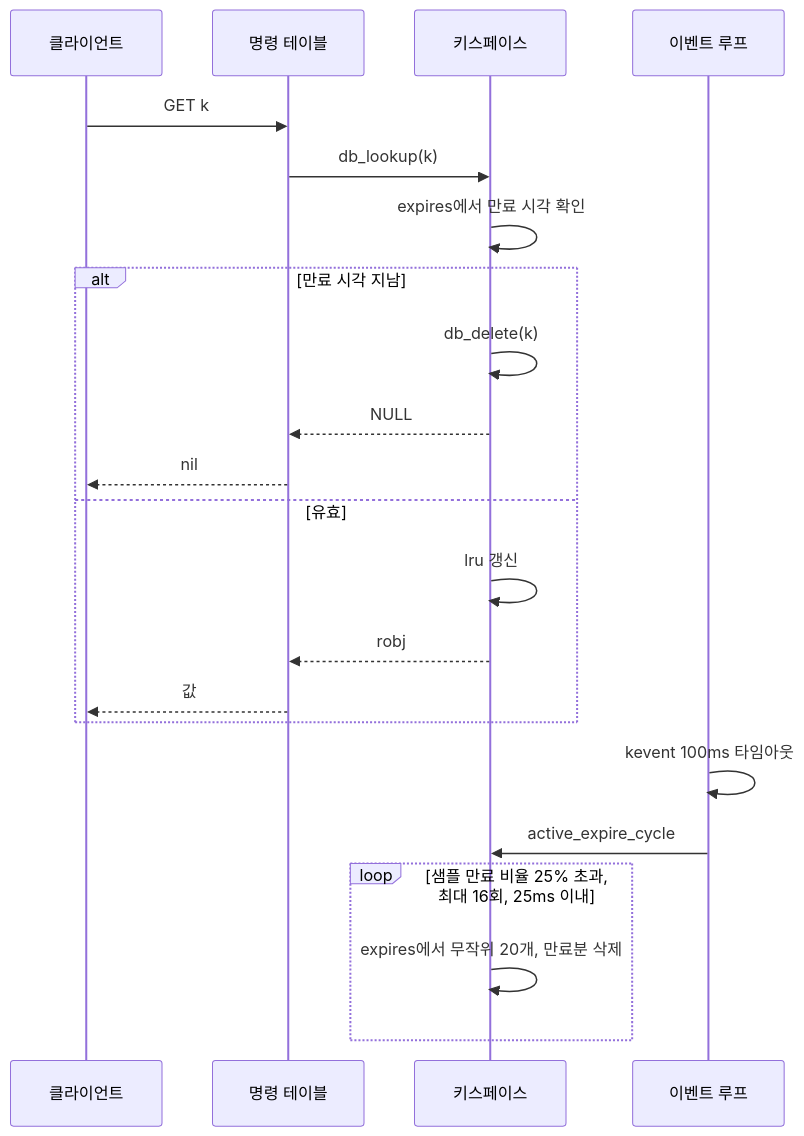
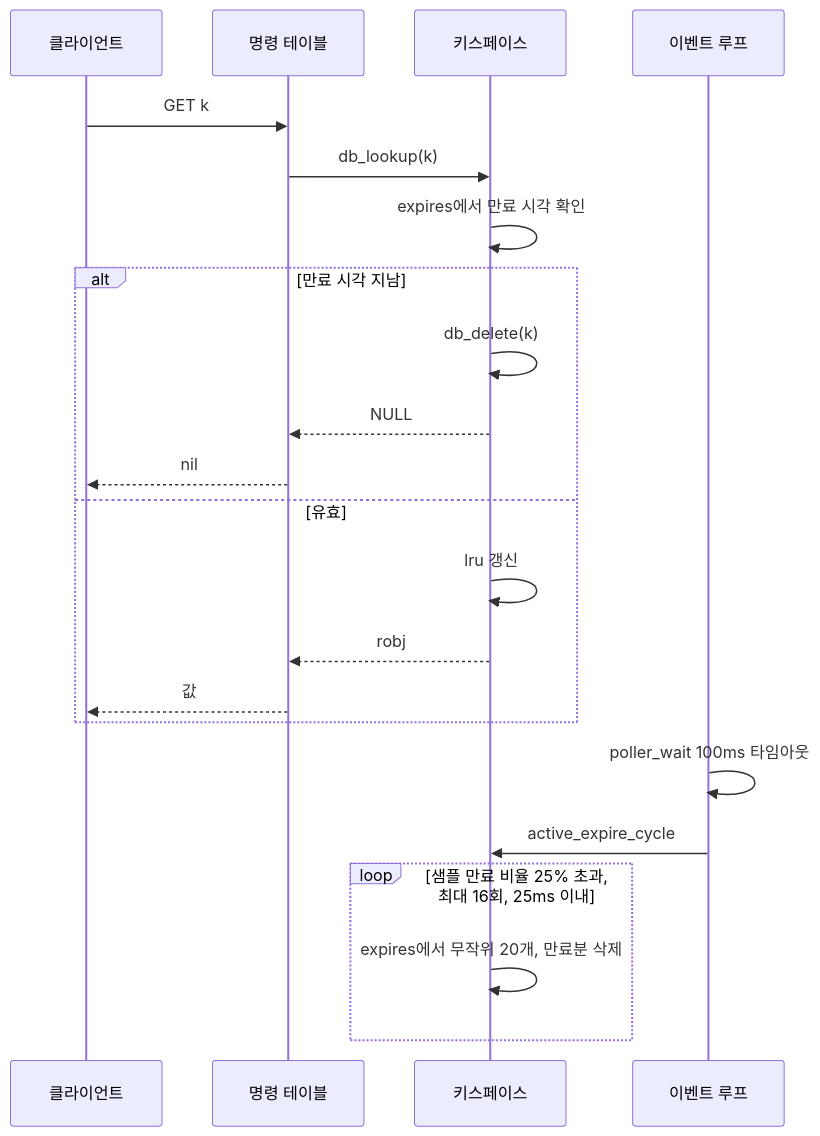
The sixth of 12 diagrams in docs/SDS.md (nini4746/mini-redis), drawn with Mermaid before and after one commit. The commit also changed other lines of this file and 2 other files, not shown here.

````diff
--- a/docs/SDS.md
+++ b/docs/SDS.md
@@ -353,24 +401,24 @@
 ```mermaid
 sequenceDiagram
     participant C as 클라이언트
     participant X as 명령 테이블
     participant D as 키스페이스
     participant L as 이벤트 루프
     C->>X: GET k
     X->>D: db_lookup(k)
     D->>D: expires에서 만료 시각 확인
     alt 만료 시각 지남
         D->>D: db_delete(k)
         D-->>X: NULL
         X-->>C: nil
     else 유효
         D->>D: lru 갱신
         D-->>X: robj
         X-->>C: 값
     end
-    L->>L: kevent 100ms 타임아웃
+    L->>L: poller_wait 100ms 타임아웃
     L->>D: active_expire_cycle
     loop 샘플 만료 비율 25% 초과, 최대 16회, 25ms 이내
         D->>D: expires에서 무작위 20개, 만료분 삭제
     end
 ```
````
